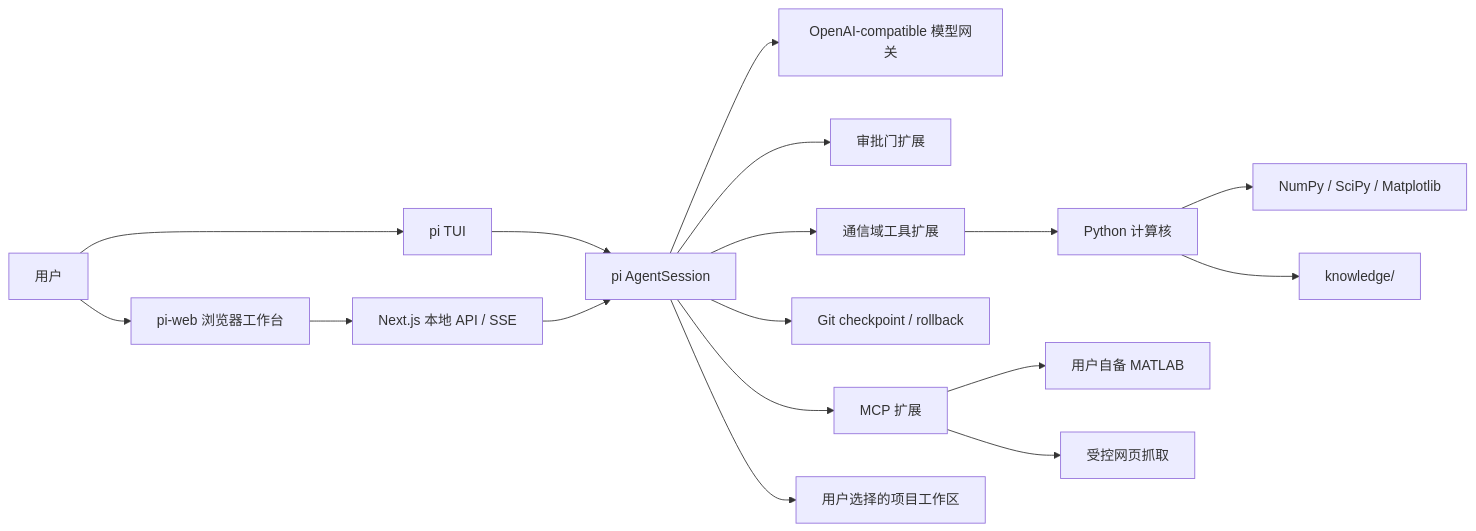
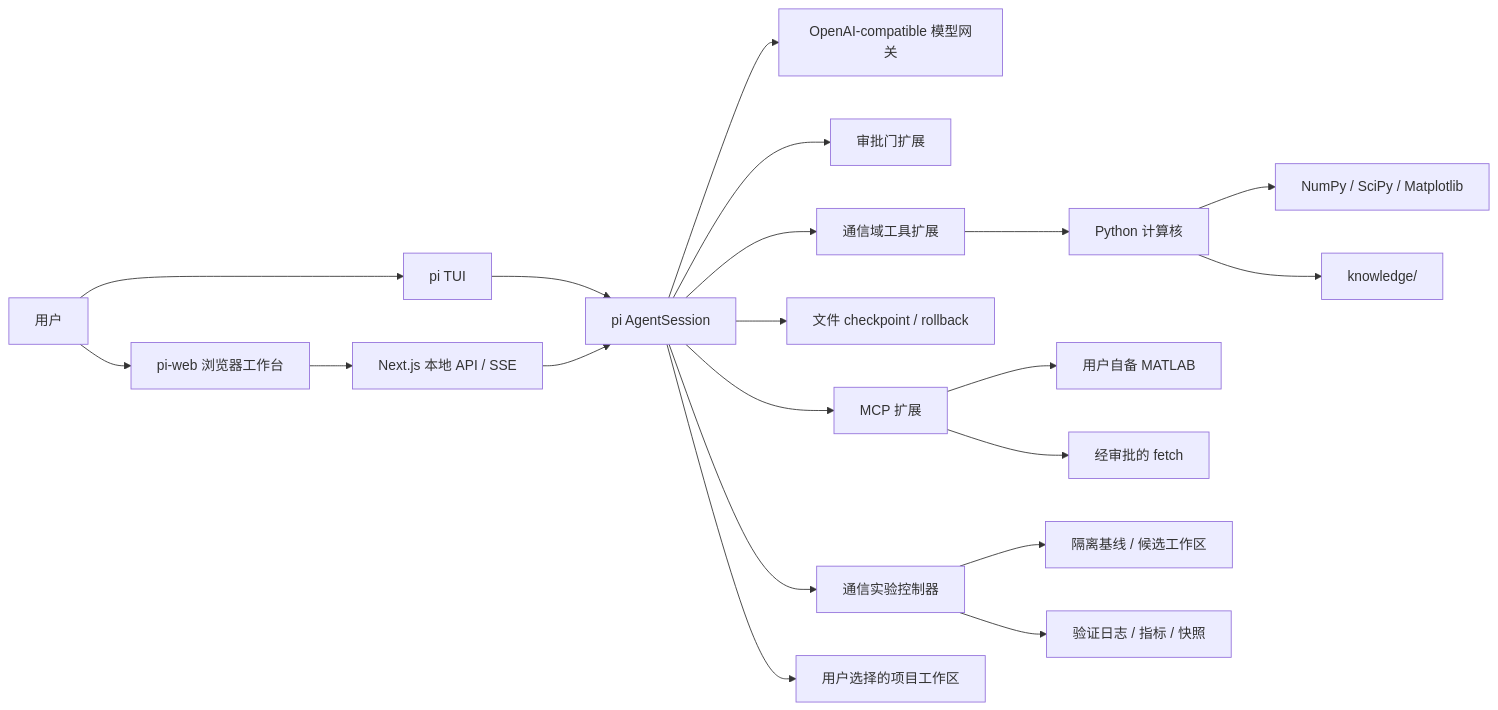
The diagram in README.md (DemoJustLuGuo/comms_agent_rewrite), drawn with Mermaid before and after one commit. The commit also changed other lines of this file and 45 other files, not shown here.

````diff
--- a/README.md
+++ b/README.md
@@ -80,21 +83,24 @@
 ```mermaid
 flowchart LR
     User["用户"] --> TUI["pi TUI"]
     User --> Web["pi-web 浏览器工作台"]
     TUI --> Agent["pi AgentSession"]
     Web --> API["Next.js 本地 API / SSE"]
     API --> Agent
 
     Agent --> Model["OpenAI-compatible 模型网关"]
     Agent --> Gate["审批门扩展"]
     Agent --> Tools["通信域工具扩展"]
-    Agent --> Checkpoint["Git checkpoint / rollback"]
+    Agent --> Checkpoint["文件 checkpoint / rollback"]
+    Agent --> Experiment["通信实验控制器"]
     Agent --> MCP["MCP 扩展"]
 
     Tools --> Python["Python 计算核"]
     Python --> NumPy["NumPy / SciPy / Matplotlib"]
     Python --> Knowledge["knowledge/"]
     MCP --> MATLAB["用户自备 MATLAB"]
-    MCP --> Fetch["受控网页抓取"]
+    MCP --> Fetch["经审批的 fetch"]
     Agent --> Workspace["用户选择的项目工作区"]
+    Experiment --> Baseline["隔离基线 / 候选工作区"]
+    Experiment --> Record["验证日志 / 指标 / 快照"]
 ```
````
